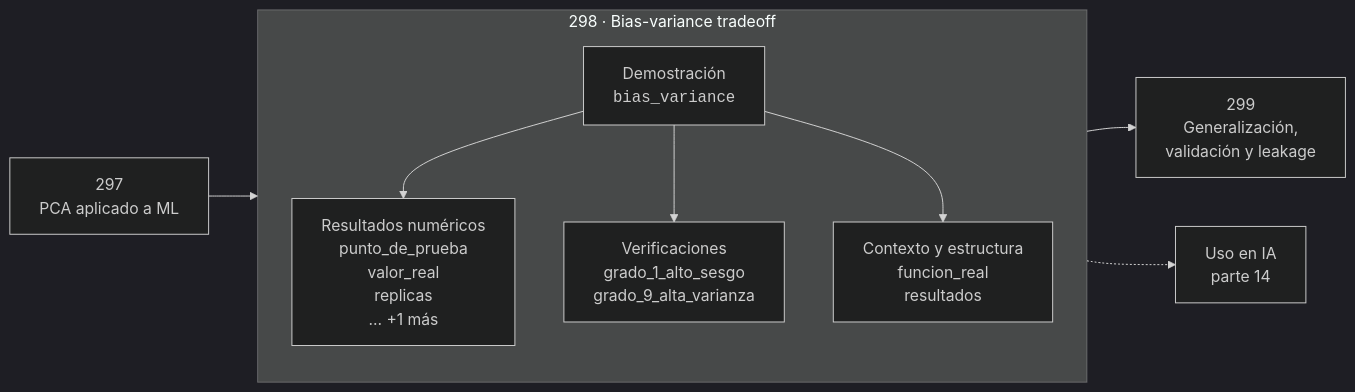
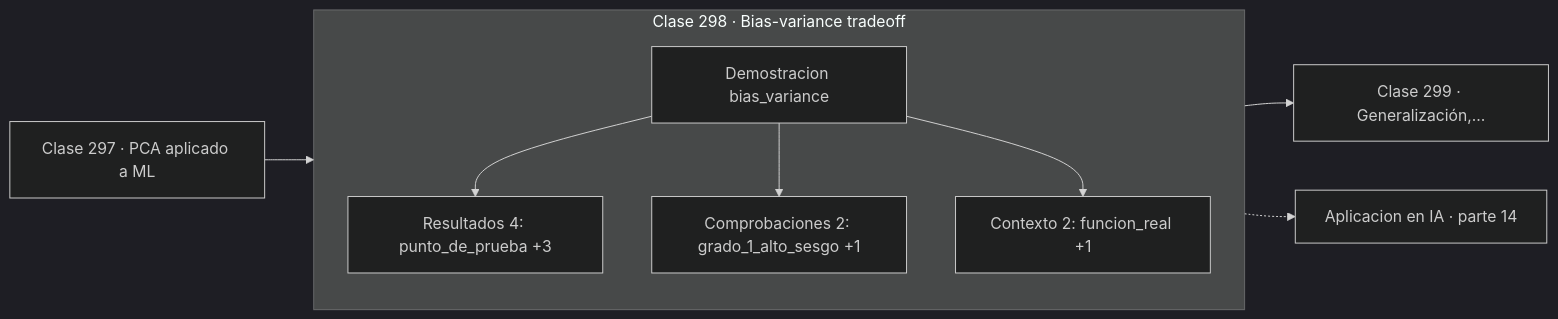
Before and after one commit to vladimiracunadev-create/computational-mathematics-program: the diagram in classes/part-14-matematica-de-machine-learning/298-bias-variance-tradeoff/README.md, drawn with Mermaid (dark theme). The commit also changed 389 other files, not shown here.

First line of the commit message:
fix(diagramas): elimina el HTML de las etiquetas Mermaid

````diff
--- a/classes/part-14-matematica-de-machine-learning/298-bias-variance-tradeoff/README.md
+++ b/classes/part-14-matematica-de-machine-learning/298-bias-variance-tradeoff/README.md
@@ -30,12 +30,13 @@
 ```mermaid
 flowchart LR
-    P["297<br/>PCA aplicado a ML"] --> C
-    subgraph C["298 · Bias-variance tradeoff"]
+    P["Clase 297 · PCA aplicado a ML"] --> D
+    subgraph CLASE["Clase 298 · Bias-variance tradeoff"]
         direction TB
-        D["Demostración<br/><code>bias_variance</code>"] --> R["Resultados numéricos<br/>punto_de_prueba<br/>valor_real<br/>replicas<br/>… +1 más"]
-        D --> V["Verificaciones<br/>grado_1_alto_sesgo<br/>grado_9_alta_varianza"]
-        D --> O["Contexto y estructura<br/>funcion_real<br/>resultados"]
+        D["Demostracion bias_variance"]
+        D --> R["Resultados 4: punto_de_prueba +3"]
+        D --> V["Comprobaciones 2: grado_1_alto_sesgo +1"]
+        D --> O["Contexto 2: funcion_real +1"]
     end
-    C --> N["299<br/>Generalización,<br/>validación y leakage"]
-    C -.-> IA["Uso en IA<br/>parte 14"]
+    R --> N["Clase 299 · Generalización,…"]
+    V -.-> IA["Aplicacion en IA · parte 14"]
 ```
````
